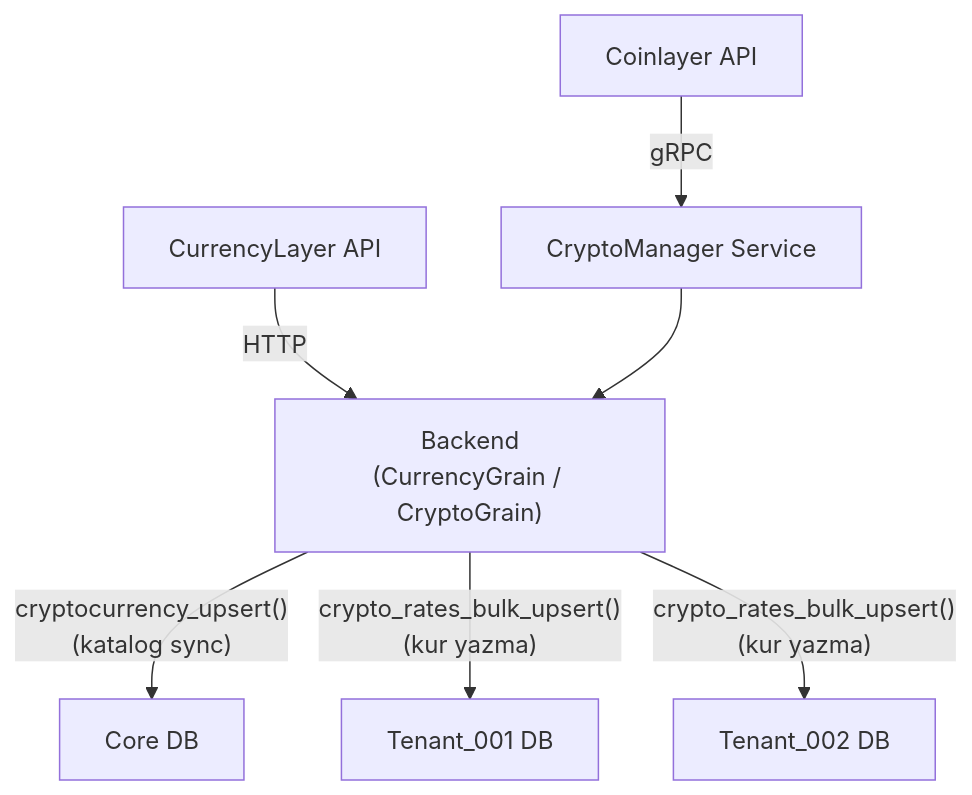
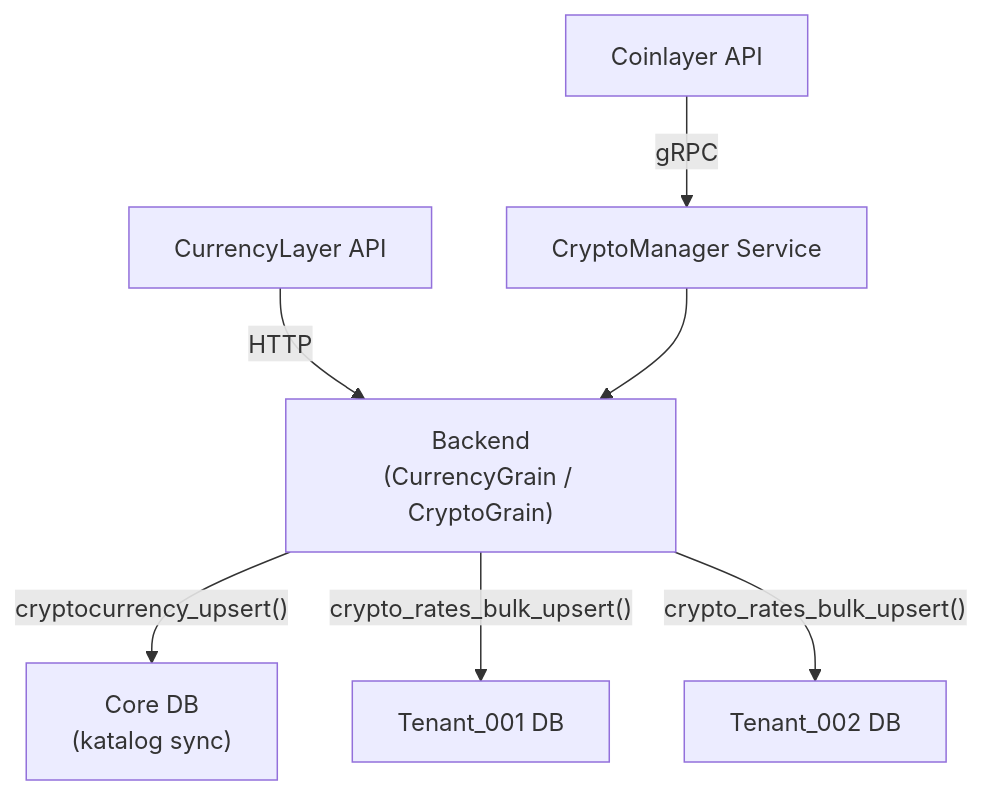
Before and after one commit to frhtshn/One.DB: the third of 5 diagrams in .docs/reference/PROJECT_OVERVIEW.md, drawn with Mermaid. The commit also changed other lines of this file and 6 other files, not shown here.

Commit message:
docs: Update flowchart formatting for improved readability in multiple guides

````diff
--- a/.docs/reference/PROJECT_OVERVIEW.md
+++ b/.docs/reference/PROJECT_OVERVIEW.md
@@ -246,9 +246,9 @@
 ```mermaid
 flowchart TD
     CL["Coinlayer API"] -- "gRPC" --> CM["CryptoManager Service"]
-    CU["CurrencyLayer API"] -- "HTTP" --> BE["Backend\n(CurrencyGrain / CryptoGrain)"]
+    CU["CurrencyLayer API"] -- "HTTP" --> BE["Backend<br/>(CurrencyGrain / CryptoGrain)"]
     CM --> BE
-    BE -- "cryptocurrency_upsert()\n(katalog sync)" --> Core["Core DB"]
-    BE -- "crypto_rates_bulk_upsert()\n(kur yazma)" --> T1["Tenant_001 DB"]
-    BE -- "crypto_rates_bulk_upsert()\n(kur yazma)" --> T2["Tenant_002 DB"]
+    BE -- "cryptocurrency_upsert()" --> Core["Core DB<br/>(katalog sync)"]
+    BE -- "crypto_rates_bulk_upsert()" --> T1["Tenant_001 DB"]
+    BE -- "crypto_rates_bulk_upsert()" --> T2["Tenant_002 DB"]
 ```
````
